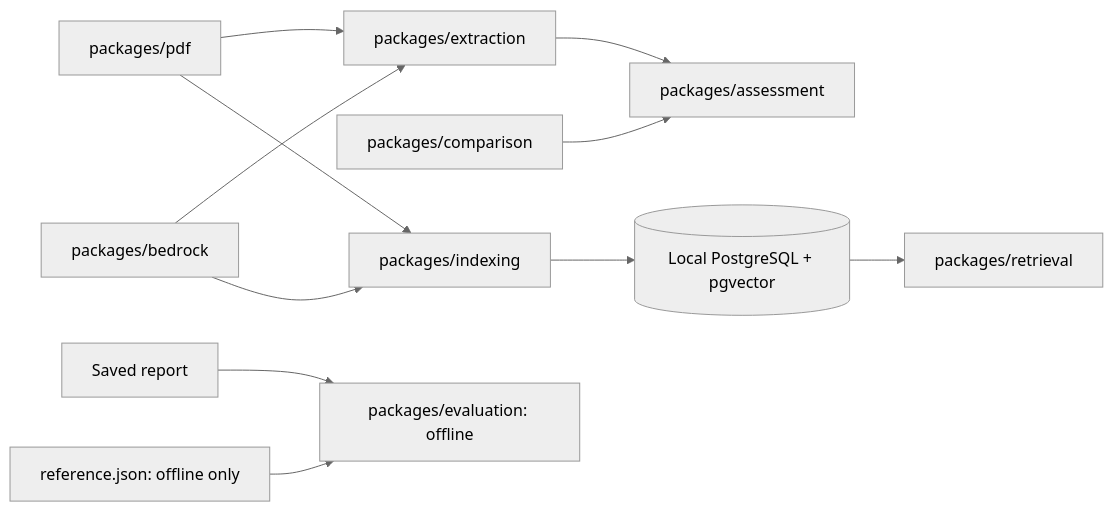
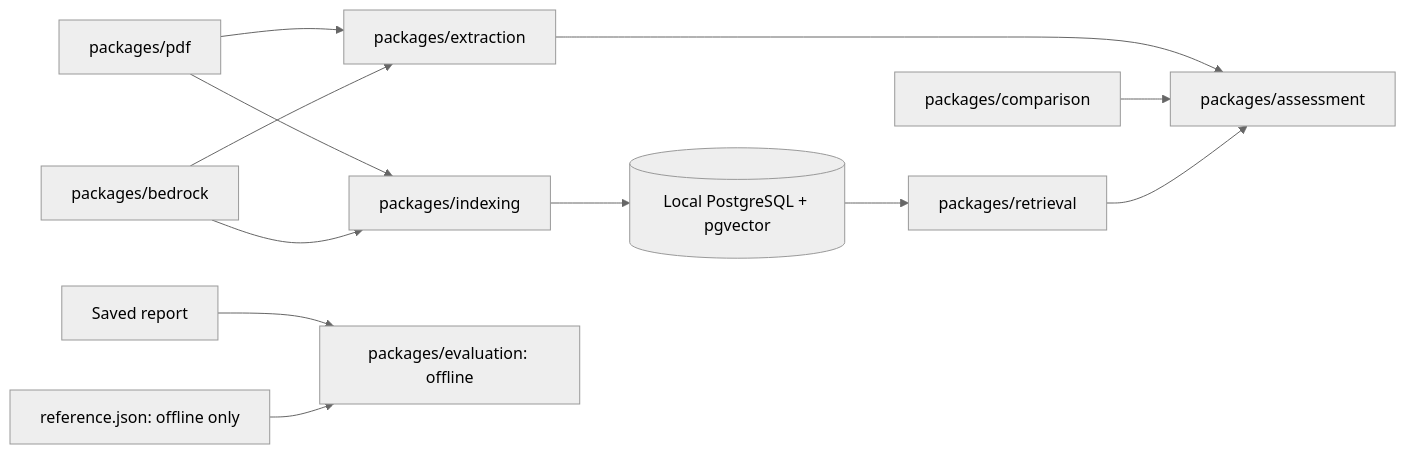
The first of 4 diagrams in docs/architecture.md (hujienan/tender-ai), drawn with Mermaid (neutral theme) before and after one commit. The commit also changed other lines of this file and 16 other files, not shown here.

````diff
--- a/docs/architecture.md
+++ b/docs/architecture.md
@@ -5,13 +5,14 @@
 ```mermaid
 flowchart LR
   PDF[packages/pdf] --> EXT[packages/extraction]
   BED[packages/bedrock] --> EXT
   EXT --> ASM[packages/assessment]
   CMP[packages/comparison] --> ASM
   PDF --> IDX[packages/indexing]
   BED --> IDX
   IDX --> PG[(Local PostgreSQL + pgvector)]
   PG --> RET[packages/retrieval]
+  RET --> ASM
   REPORT[Saved report] --> EVAL[packages/evaluation: offline]
   REF[reference.json: offline only] --> EVAL
 ```
````
